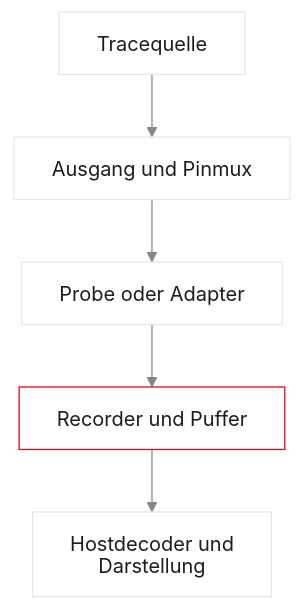
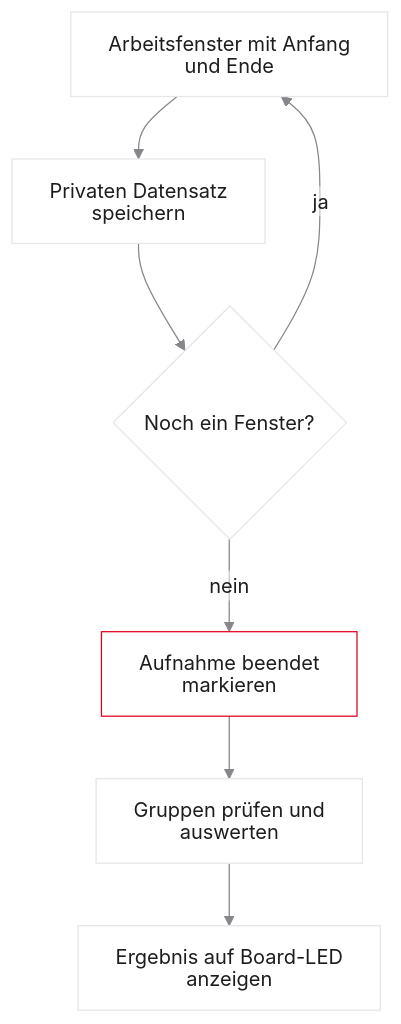
The second of 3 diagrams in vorlesungen/07_tracing-timing-analyse.qmd (dantschi/echtzeitsysteme), drawn with Mermaid before and after one commit. The commit also changed other lines of this file and 23 other files, not shown here.

Commit message:
Vorlesungen 7 bis 9 mit Server-Theorie und integrierter Fallstudie überarbeiten

````diff
--- a/vorlesungen/07_tracing-timing-analyse.qmd
+++ b/vorlesungen/07_tracing-timing-analyse.qmd
@@ -615,10 +655,11 @@
 ```{mermaid}
-%%| fig-width: 5.4
-%%{init: {'theme': 'base', 'htmlLabels': false, 'flowchart': {'htmlLabels': false}, 'themeVariables': {'background': '#FFFFFF', 'primaryColor': '#FFFFFF', 'primaryBorderColor': '#E5E5EA', 'primaryTextColor': '#1D1D1F', 'lineColor': '#86868B'}}}%%
+%%{init: {'theme':'base','htmlLabels':false,'flowchart':{'htmlLabels':false},'themeVariables':{'background':'#FFFFFF','primaryColor':'#FFFFFF','primaryBorderColor':'#E5E5EA','primaryTextColor':'#1D1D1F','lineColor':'#86868B','fontFamily':'Inter, sans-serif'}}}%%
 flowchart TD
-  Q[Tracequelle] --> A[Ausgang und Pinmux]
-  A --> P[Probe oder Adapter]
-  P --> R[Recorder und Puffer]
-  R --> H[Hostdecoder und Darstellung]
-  style R fill:#FFFFFF,stroke:#E2001A,stroke-width:2px !important
+  A[Arbeitsfenster mit Anfang und Ende] --> B[Privaten Datensatz speichern]
+  B --> C{Noch ein Fenster?}
+  C -->|ja| A
+  C -->|nein| D[Aufnahme beendet markieren]
+  D --> E[Gruppen prüfen und auswerten]
+  E --> F[Ergebnis auf Board-LED anzeigen]
+  style D fill:#FFFFFF,stroke:#E2001A,stroke-width:2px !important
 ```
````
